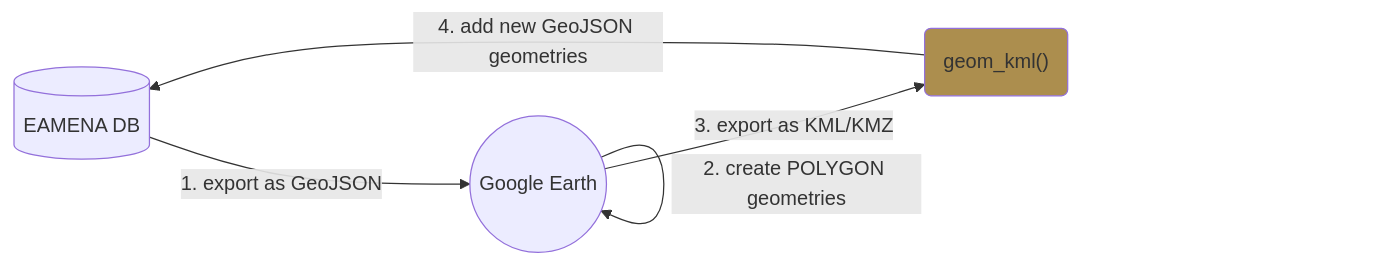
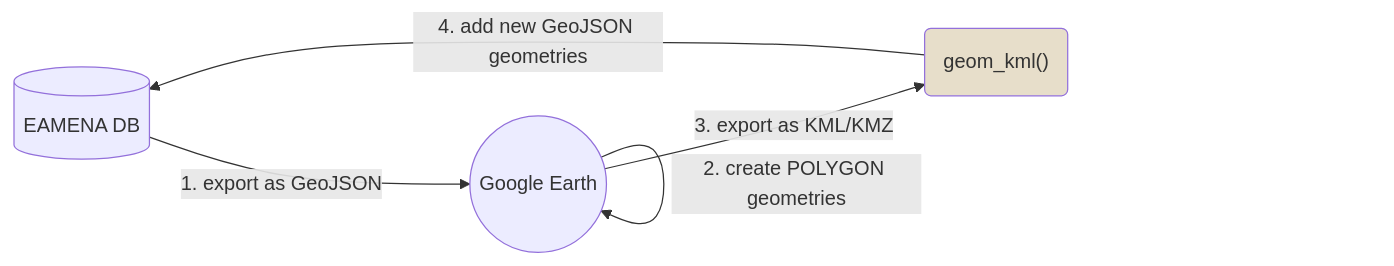
Before and after one commit to eamena-project/eamena-arches-dev: the diagram in data/bulk/temp.md, drawn with Mermaid.

Commit message:
GeoJSON + KML

````diff
--- a/data/bulk/temp.md
+++ b/data/bulk/temp.md
@@ -5,8 +5,8 @@
 ```mermaid
 flowchart LR
     A[(EAMENA DB)] --1. export as GeoJSON--> B[GeoJSON file];
     B((Google Earth)) --2. create POLYGON geometries--> B;
     B --3. export as KML/KMZ--> C("geom_kml()"):::eamenaRfunction;
     C --4. add new GeoJSON geometries--> A;
-    classDef eamenaRfunction fill:#ac8e4e;
+    classDef eamenaRfunction fill:#e7deca;
 ```
````
